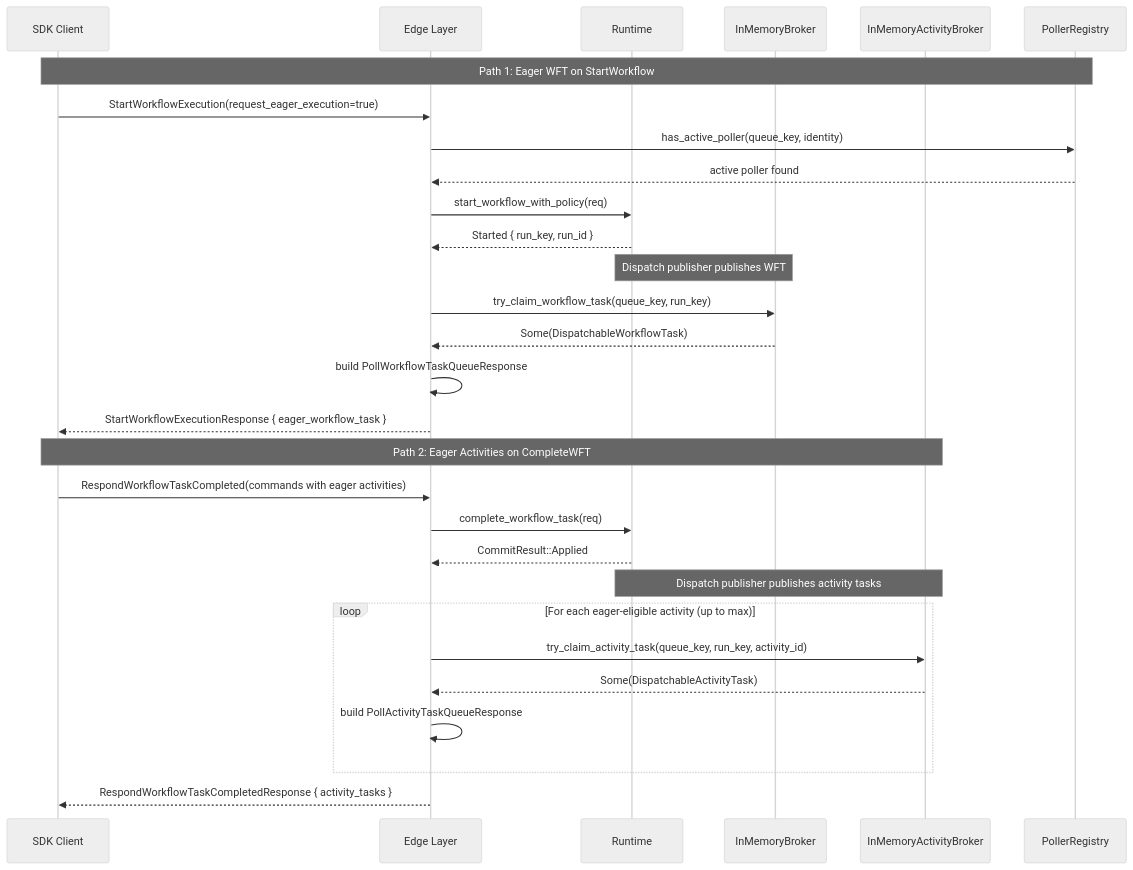
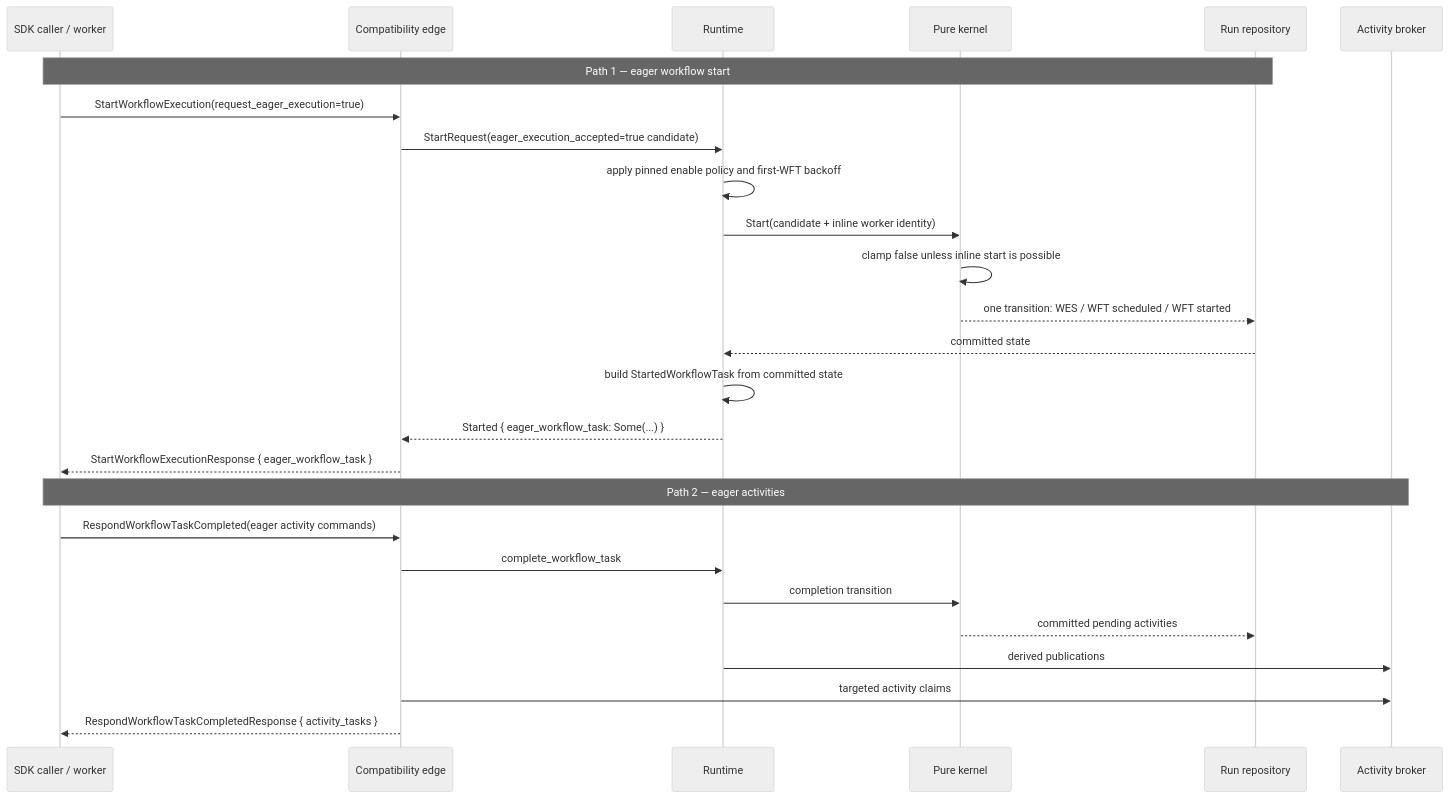
The diagram in .kiro/specs/edge-eager-dispatch/design.md (tokeira/tokeira), drawn with Mermaid (neutral theme) before and after one commit. The commit also changed other lines of this file and 38 other files, not shown here.

First line of the commit message:
feat(conformance): implement eager workflow start

````diff
--- a/.kiro/specs/edge-eager-dispatch/design.md
+++ b/.kiro/specs/edge-eager-dispatch/design.md
@@ -17,33 +22,30 @@
 ```mermaid
 sequenceDiagram
-    participant SDK as SDK Client
-    participant Edge as Edge Layer
+    participant SDK as SDK caller / worker
+    participant Edge as Compatibility edge
     participant Runtime as Runtime
-    participant WFBroker as InMemoryBroker
-    participant ABroker as InMemoryActivityBroker
-    participant PReg as PollerRegistry
+    participant Kernel as Pure kernel
+    participant Repo as Run repository
+    participant ABroker as Activity broker
 
-    Note over SDK,PReg: Path 1: Eager WFT on StartWorkflow
+    Note over SDK,Repo: Path 1 — eager workflow start
     SDK->>Edge: StartWorkflowExecution(request_eager_execution=true)
-    Edge->>PReg: has_active_poller(queue_key, identity)
-    PReg-->>Edge: active poller found
-    Edge->>Runtime: start_workflow_with_policy(req)
-    Runtime-->>Edge: Started { run_key, run_id }
-    Note over Runtime,WFBroker: Dispatch publisher publishes WFT
-    Edge->>WFBroker: try_claim_workflow_task(queue_key, run_key)
-    WFBroker-->>Edge: Some(DispatchableWorkflowTask)
-    Edge->>Edge: build PollWorkflowTaskQueueResponse
+    Edge->>Runtime: StartRequest(eager_execution_accepted=true candidate)
+    Runtime->>Runtime: apply pinned enable policy and first-WFT backoff
+    Runtime->>Kernel: Start(candidate + inline worker identity)
+    Kernel->>Kernel: clamp false unless inline start is possible
+    Kernel-->>Repo: one transition: WES / WFT scheduled / WFT started
+    Repo-->>Runtime: committed state
+    Runtime->>Runtime: build StartedWorkflowTask from committed state
+    Runtime-->>Edge: Started { eager_workflow_task: Some(...) }
     Edge-->>SDK: StartWorkflowExecutionResponse { eager_workflow_task }
 
-    Note over SDK,ABroker: Path 2: Eager Activities on CompleteWFT
-    SDK->>Edge: RespondWorkflowTaskCompleted(commands with eager activities)
-    Edge->>Runtime: complete_workflow_task(req)
-    Runtime-->>Edge: CommitResult::Applied
-    Note over Runtime,ABroker: Dispatch publisher publishes activity tasks
-    loop For each eager-eligible activity (up to max)
-        Edge->>ABroker: try_claim_activity_task(queue_key, run_key, activity_id)
-        ABroker-->>Edge: Some(DispatchableActivityTask)
-        Edge->>Edge: build PollActivityTaskQueueResponse
-    end
+    Note over SDK,ABroker: Path 2 — eager activities
+    SDK->>Edge: RespondWorkflowTaskCompleted(eager activity commands)
+    Edge->>Runtime: complete_workflow_task
+    Runtime->>Kernel: completion transition
+    Kernel-->>Repo: committed pending activities
+    Runtime->>ABroker: derived publications
+    Edge->>ABroker: targeted activity claims
     Edge-->>SDK: RespondWorkflowTaskCompletedResponse { activity_tasks }
 ```
````
